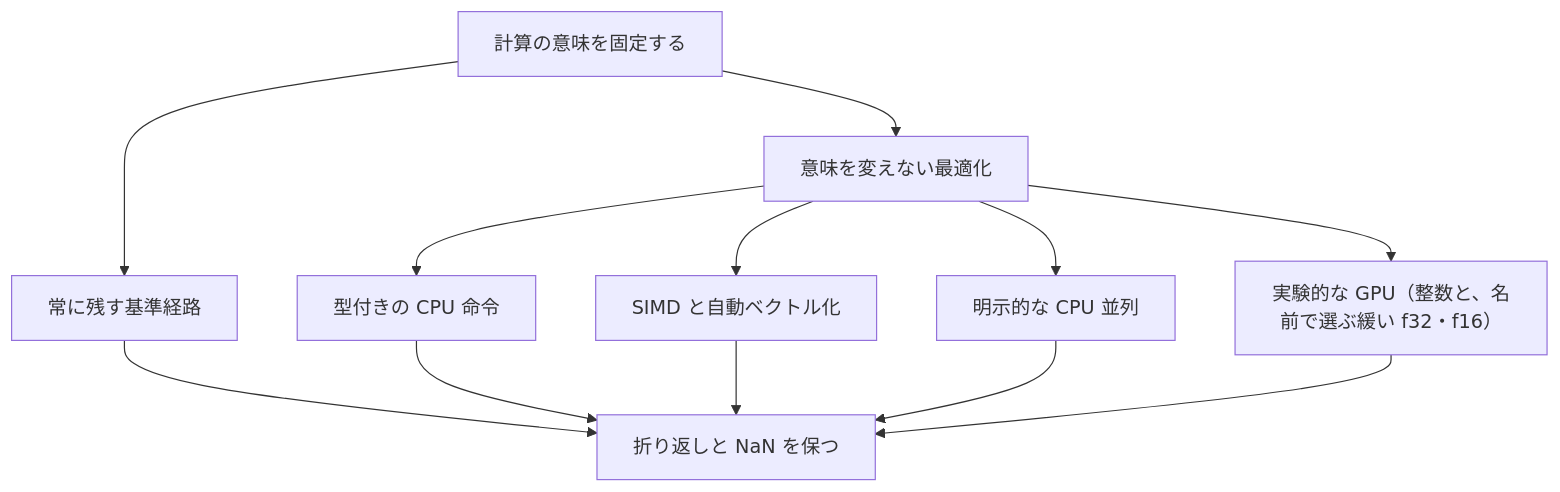
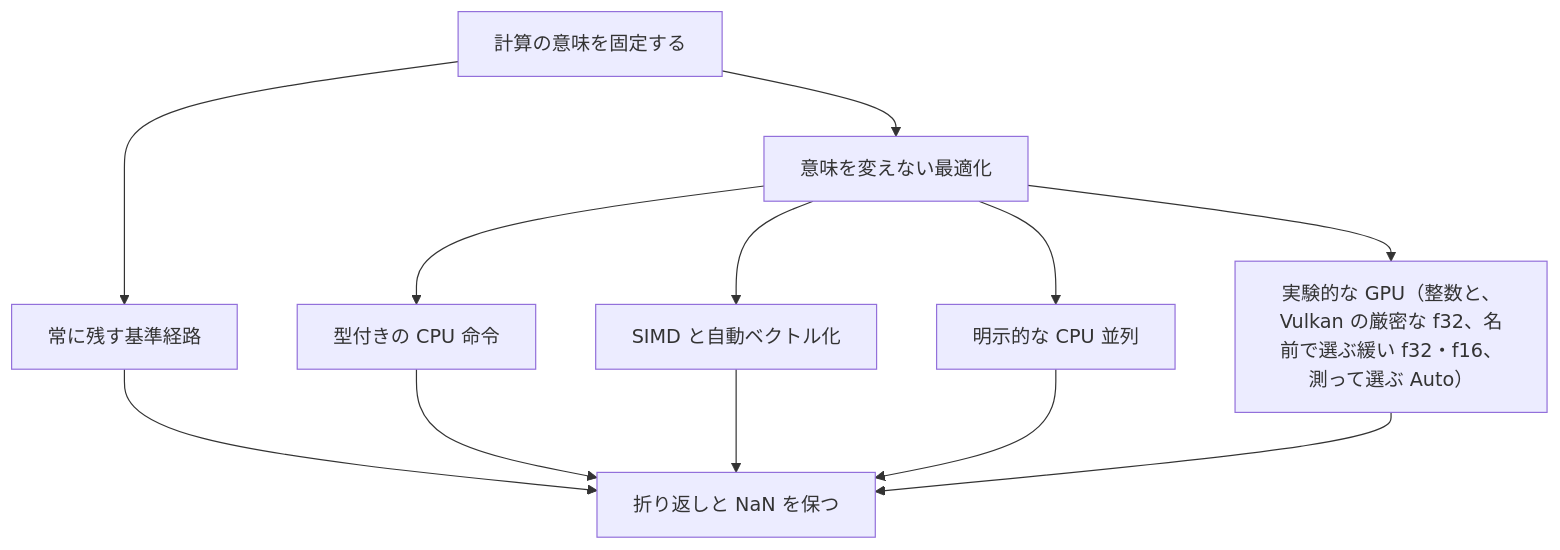
One commit to tatsuya-midorikawa/Tsuzuri changed the diagram in _tsuzuri/language-reference/languages/strategy.md. Above: the diagram before and after it, drawn with Mermaid. The commit also changed other lines of this file and 10 other files, not shown here.

First line of the commit message:
Document the Vulkan backend, SPIR-V output, Gpu.Auto and the conformance probe

````diff
--- a/_tsuzuri/language-reference/languages/strategy.md
+++ b/_tsuzuri/language-reference/languages/strategy.md
@@ -60,14 +60,14 @@
 ```mermaid
 flowchart TD
   meaning["計算の意味を固定する"] --> portable["常に残す基準経路"]
   meaning --> tuned["意味を変えない最適化"]
   tuned --> scalar["型付きの CPU 命令"]
   tuned --> simd["SIMD と自動ベクトル化"]
   tuned --> parallel["明示的な CPU 並列"]
-  tuned --> gpu["実験的な GPU（整数と、名前で選ぶ緩い f32・f16）"]
+  tuned --> gpu["実験的な GPU（整数と、Vulkan の厳密な f32、名前で選ぶ緩い f32・f16、測って選ぶ Auto）"]
   portable --> same["折り返しと NaN を保つ"]
   scalar --> same
   simd --> same
   parallel --> same
   gpu --> same
 ```
````
